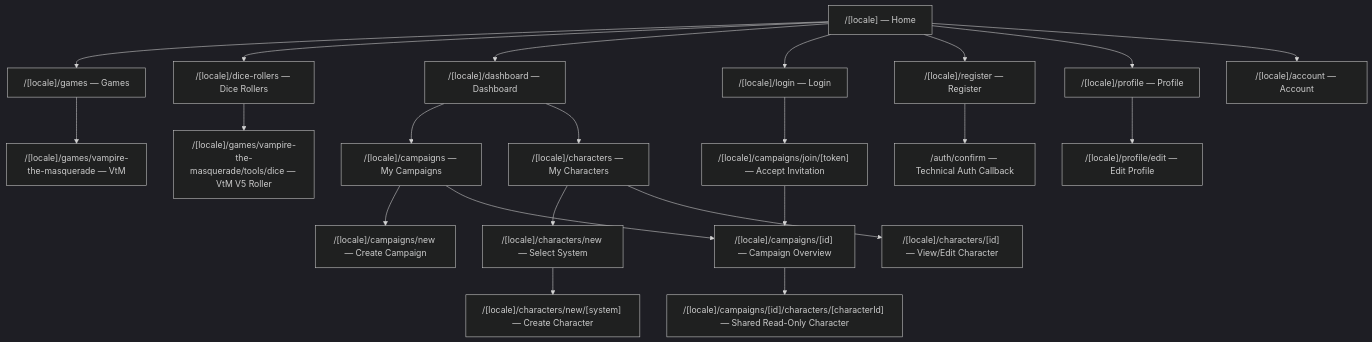
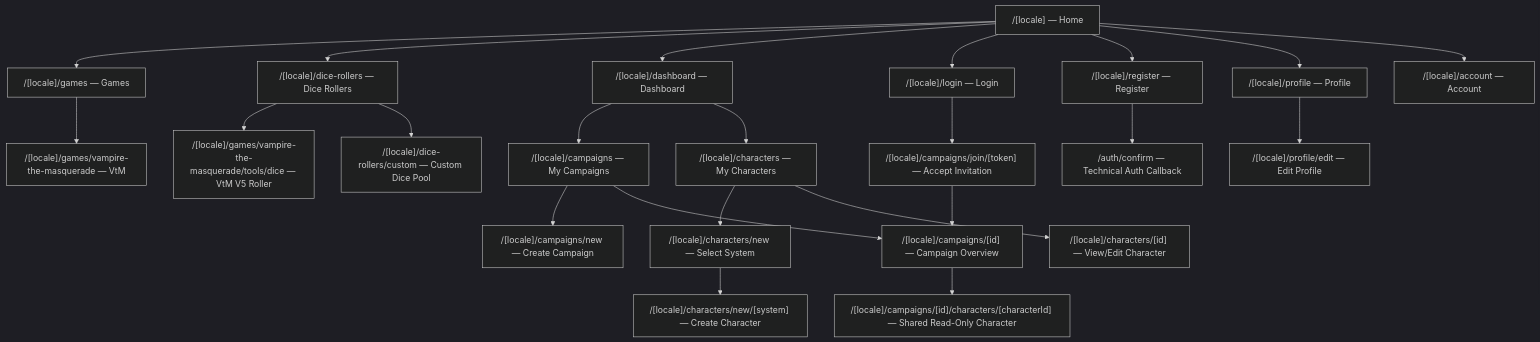
The first of 6 diagrams in docs/product/SITE_MAP.md (Andrey-0101/ttrpg-website), drawn with Mermaid (dark theme) before and after one commit. The commit also changed other lines of this file and 12 other files, not shown here.

Commit message:
feat: add public custom dice pool

````diff
--- a/docs/product/SITE_MAP.md
+++ b/docs/product/SITE_MAP.md
@@ -15,34 +15,35 @@
 ```mermaid
 flowchart TD
     ROOT["/[locale] — Home"]
 
     ROOT --> GAMES["/[locale]/games — Games"]
     GAMES --> VTM["/[locale]/games/vampire-the-masquerade — VtM"]
     ROOT --> DICE_ROLLERS["/[locale]/dice-rollers — Dice Rollers"]
     DICE_ROLLERS --> PERSONAL_DICE["/[locale]/games/vampire-the-masquerade/tools/dice — VtM V5 Roller"]
+    DICE_ROLLERS --> CUSTOM_DICE["/[locale]/dice-rollers/custom — Custom Dice Pool"]
 
     ROOT --> DASHBOARD["/[locale]/dashboard — Dashboard"]
     DASHBOARD --> CAMPAIGNS["/[locale]/campaigns — My Campaigns"]
     DASHBOARD --> CHARACTERS["/[locale]/characters — My Characters"]
 
     ROOT --> LOGIN["/[locale]/login — Login"]
     ROOT --> REGISTER["/[locale]/register — Register"]
     ROOT --> PROFILE["/[locale]/profile — Profile"]
     PROFILE --> PROFILE_EDIT["/[locale]/profile/edit — Edit Profile"]
     ROOT --> ACCOUNT["/[locale]/account — Account"]
 
     CHARACTERS --> CHARACTER_NEW["/[locale]/characters/new — Select System"]
     CHARACTER_NEW --> CHARACTER_NEW_SYSTEM["/[locale]/characters/new/[system] — Create Character"]
     CHARACTERS --> CHARACTER_DETAIL["/[locale]/characters/[id] — View/Edit Character"]
 
     CAMPAIGNS --> CAMPAIGN_NEW["/[locale]/campaigns/new — Create Campaign"]
     CAMPAIGNS --> CAMPAIGN_DETAIL["/[locale]/campaigns/[id] — Campaign Overview"]
     CAMPAIGN_DETAIL --> SHARED_CHARACTER["/[locale]/campaigns/[id]/characters/[characterId] — Shared Read-Only Character"]
 
     INVITE["/[locale]/campaigns/join/[token] — Accept Invitation"]
     LOGIN --> INVITE
     INVITE --> CAMPAIGN_DETAIL
 
     CONFIRM["/auth/confirm — Technical Auth Callback"]
     REGISTER --> CONFIRM
 ```
````
